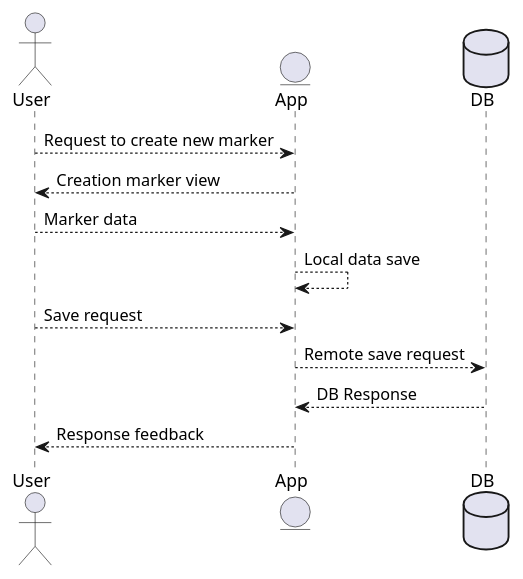
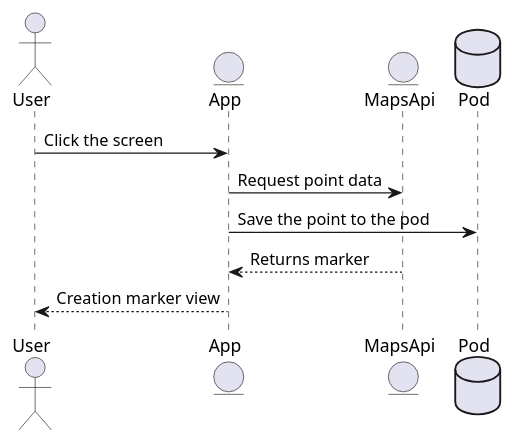
Before and after one commit to Arquisoft/lomap_es4a: the third of 3 diagrams in docs/06_runtime_view.adoc, drawn with PlantUML. The commit also changed other lines of this file, not shown here.

```diff
--- a/docs/06_runtime_view.adoc
+++ b/docs/06_runtime_view.adoc
@@ -63,14 +62,14 @@
 [plantuml,"Sequence diagram3",png]
 ----
+
 actor User
 entity App
-database Pod as "DB"
-User --> App: Request to create new marker
+entity MapsApi
+database Pod 
+
+User -> App: Click the screen
+App -> MapsApi: Request point data
+App -> Pod: Save the point to the pod
+MapsApi --> App: Returns marker 
 App --> User: Creation marker view
-User --> App: Marker data
-App -->App:Local data save
-User -->App: Save request
-App--> Pod: Remote save request
-Pod --> App: DB Response
-App --> User: Response feedback
 ----
```
